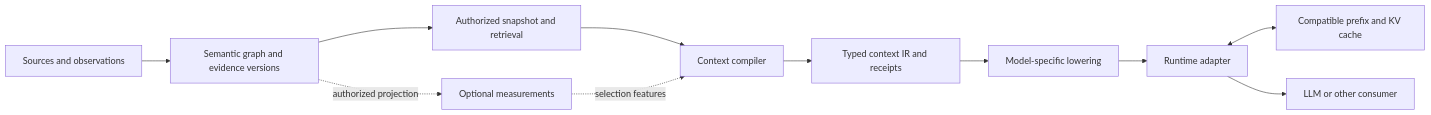
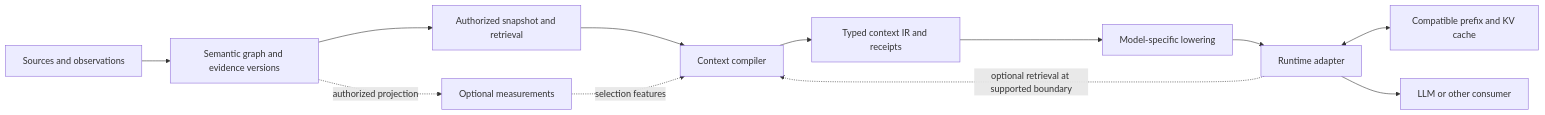
The diagram in docs/architecture/overview.md (takku1/tunic), drawn with Mermaid before and after one commit. The commit also changed other lines of this file and 27 other files, not shown here.

Commit message:
Implement W1 evidence graph and document runtime memory security

````diff
--- a/docs/architecture/overview.md
+++ b/docs/architecture/overview.md
@@ -13,13 +13,14 @@
 ```mermaid
 flowchart LR
     A[Sources and observations] --> B[Semantic graph and evidence versions]
     B --> C[Authorized snapshot and retrieval]
     C --> D[Context compiler]
     D --> E[Typed context IR and receipts]
     E --> F[Model-specific lowering]
     F --> G[Runtime adapter]
     G <--> H[Compatible prefix and KV cache]
     G --> I[LLM or other consumer]
+    G -. optional retrieval at supported boundary .-> D
     B -. authorized projection .-> M[Optional measurements]
     M -. selection features .-> D
 ```
````
